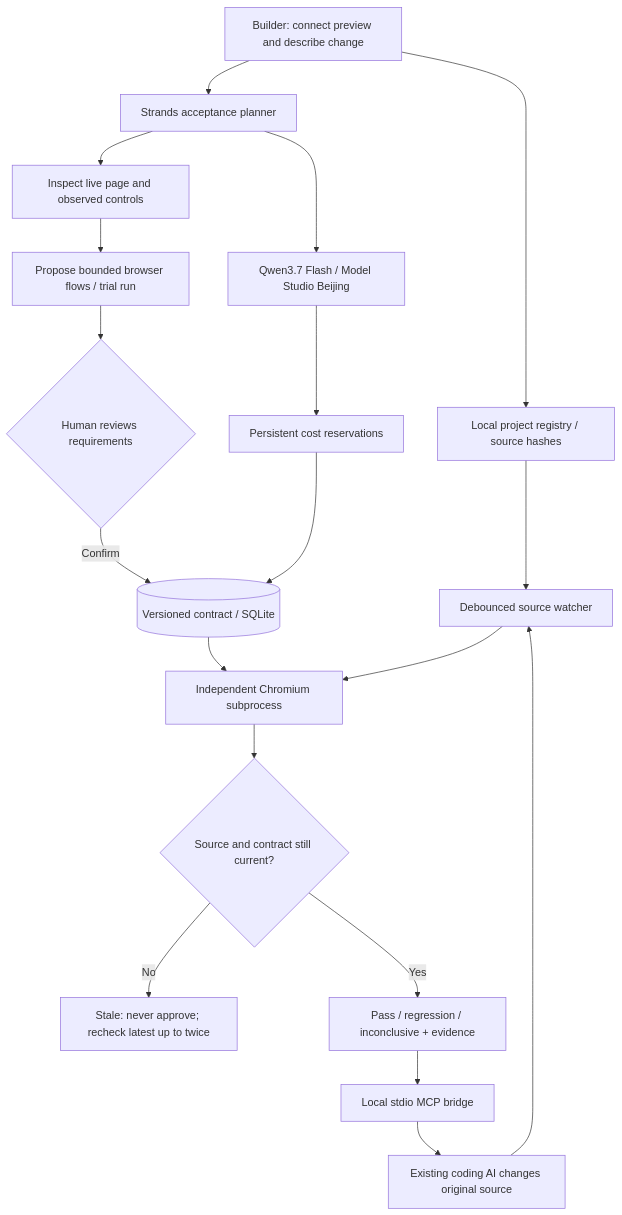
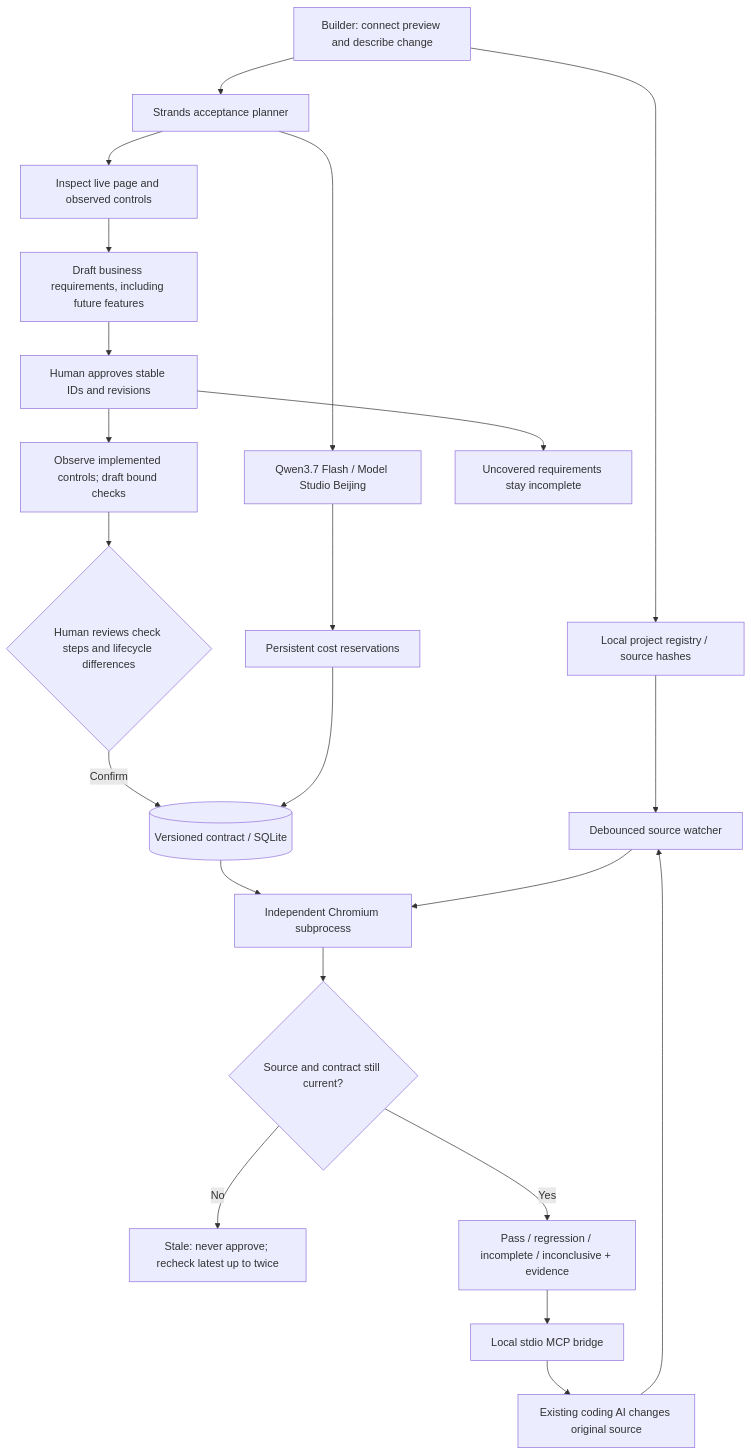
The diagram in docs/architecture.md (WeiR-h/loopcheck), drawn with Mermaid before and after one commit. The commit also changed other lines of this file and 68 other files, not shown here.

Commit message:
Release LoopCheck 0.5 versioned requirements and reliable coverage

````diff
--- a/docs/architecture.md
+++ b/docs/architecture.md
@@ -3,21 +3,25 @@
 ```mermaid
 flowchart TD
   U[Builder: connect preview and describe change] --> P[Local project registry / source hashes]
   U --> S[Strands acceptance planner]
   S --> M[Qwen3.7 Flash / Model Studio Beijing]
   S --> O[Inspect live page and observed controls]
-  O --> D[Propose bounded browser flows / trial run]
-  D --> H{Human reviews requirements}
+  O --> D[Draft business requirements, including future features]
+  D --> I[Human approves stable IDs and revisions]
+  I --> F[Observe implemented controls; draft bound checks]
+  F --> H
+  I --> UNC[Uncovered requirements stay incomplete]
+  H{Human reviews check steps and lifecycle differences}
   H -->|Confirm| C[(Versioned contract / SQLite)]
   C --> B[Independent Chromium subprocess]
   P --> W[Debounced source watcher]
   W --> B
   B --> V{Source and contract still current?}
   V -->|No| X[Stale: never approve; recheck latest up to twice]
-  V -->|Yes| R[Pass / regression / inconclusive + evidence]
+  V -->|Yes| R[Pass / regression / incomplete / inconclusive + evidence]
   R --> MCP[Local stdio MCP bridge]
   MCP --> AI[Existing coding AI changes original source]
   AI --> W
   M --> COST[Persistent cost reservations]
   COST --> C
 ```
````
